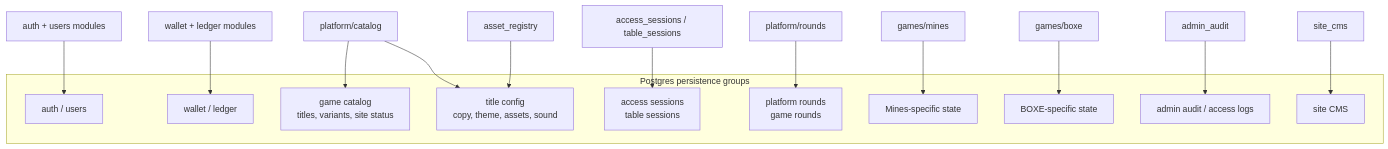
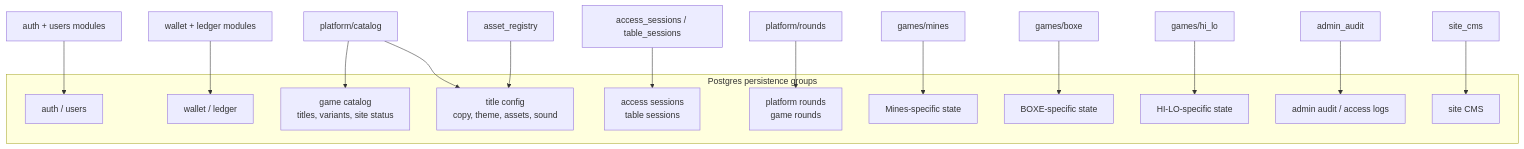
The seventh of 11 diagrams in docs/CODE_ARCHITECTURE_MERMAID_MAP_2026-05-22.md (moromike/casinoking-platform), drawn with Mermaid before and after one commit. The commit also changed other lines of this file and 17 other files, not shown here.

````diff
--- a/docs/CODE_ARCHITECTURE_MERMAID_MAP_2026-05-22.md
+++ b/docs/CODE_ARCHITECTURE_MERMAID_MAP_2026-05-22.md
@@ -334,27 +373,29 @@
 ```mermaid
 flowchart TB
   subgraph DB["Postgres persistence groups"]
     AuthDB["auth / users"]
     MoneyDB["wallet / ledger"]
     CatalogDB["game catalog<br/>titles, variants, site status"]
     TitleDB["title config<br/>copy, theme, assets, sound"]
     SessionDB["access sessions<br/>table sessions"]
     RoundDB["platform rounds<br/>game rounds"]
     MinesDB["Mines-specific state"]
     BoxeDB["BOXE-specific state"]
+    HiLoDB["HI-LO-specific state"]
     AuditDB["admin audit / access logs"]
     CMSDB["site CMS"]
   end
 
   AuthModule["auth + users modules"] --> AuthDB
   WalletModule["wallet + ledger modules"] --> MoneyDB
   CatalogModule["platform/catalog"] --> CatalogDB
   CatalogModule --> TitleDB
   AssetModule["asset_registry"] --> TitleDB
   AccessModule["access_sessions / table_sessions"] --> SessionDB
   RoundsModule["platform/rounds"] --> RoundDB
   MinesModule["games/mines"] --> MinesDB
   BoxeModule["games/boxe"] --> BoxeDB
+  HiLoModule["games/hi_lo"] --> HiLoDB
   AuditModule["admin_audit"] --> AuditDB
   SiteModule["site_cms"] --> CMSDB
 ```
````
